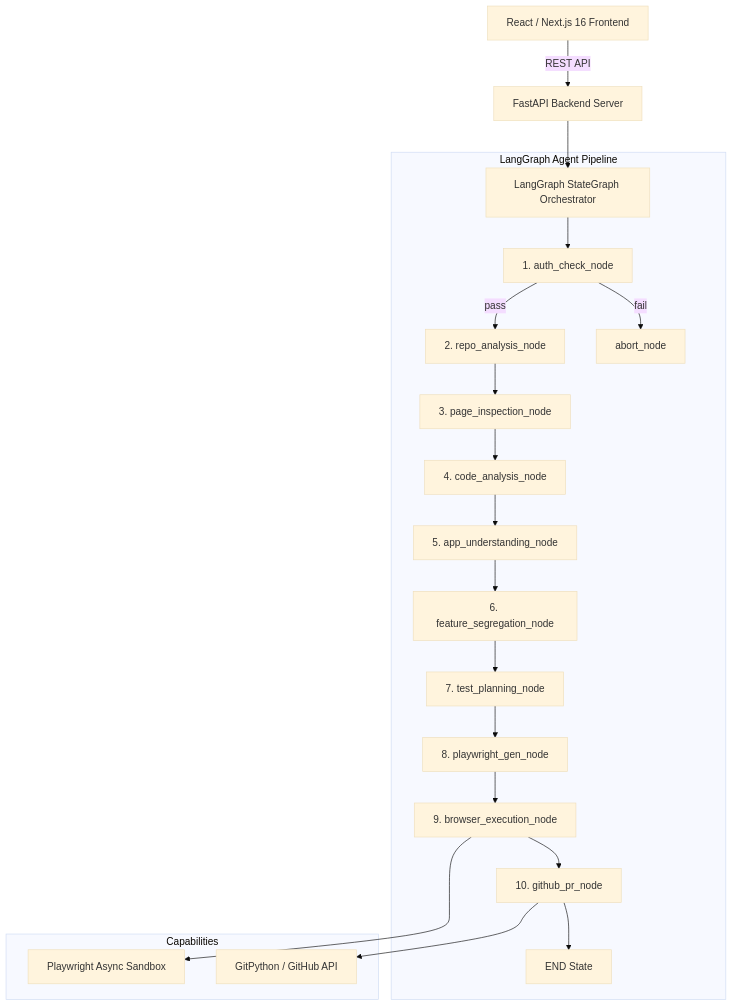
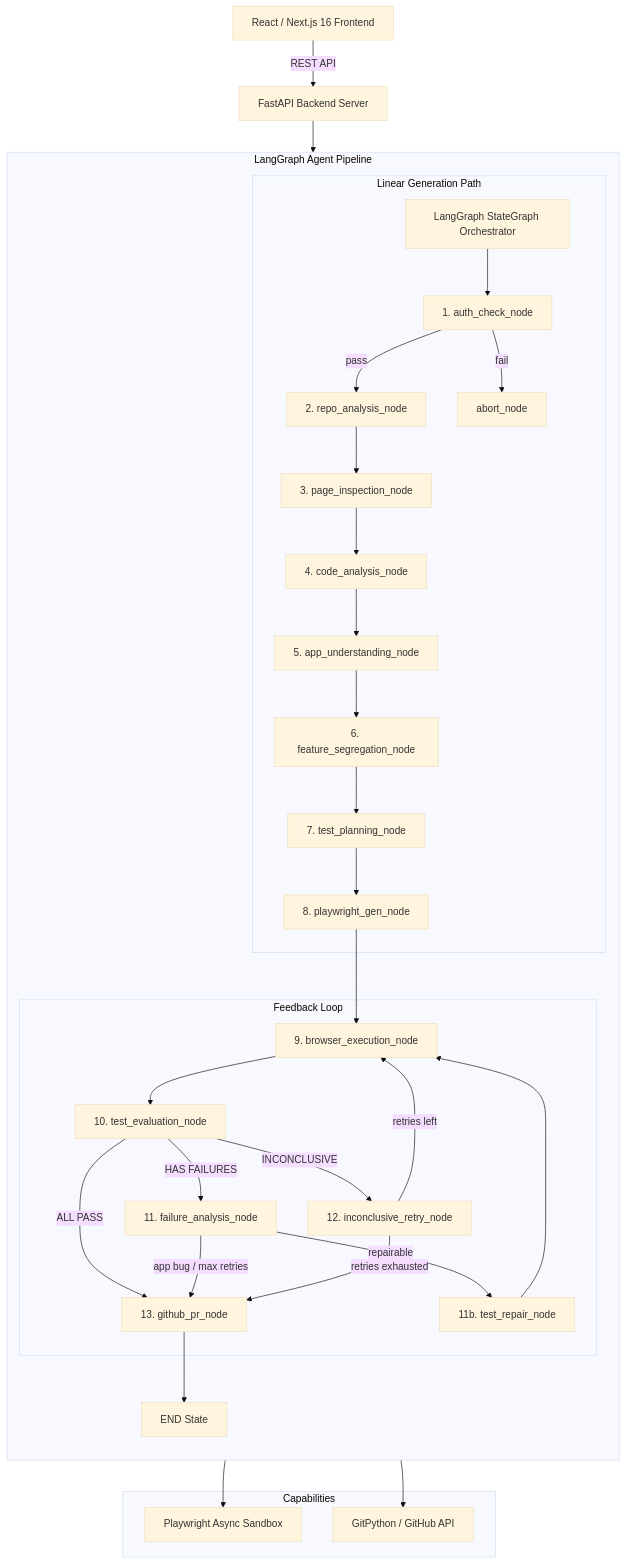
Before and after one commit to suriyaprakash500/Testpilot-AI: the diagram in README.md, drawn with Mermaid (base theme). The commit also changed other lines of this file and 13 other files, not shown here.

Commit message:
feat(graph): refactor pipeline to feedback-loop agentic architecture with test repair and evaluation

````diff
--- a/README.md
+++ b/README.md
@@ -9,25 +9,40 @@
 ```mermaid
 flowchart TD
     FE["React / Next.js 16 Frontend"] -->|REST API| API["FastAPI Backend Server"]
     API --> GRAPH["LangGraph StateGraph Orchestrator"]
 
     subgraph Pipeline["LangGraph Agent Pipeline"]
-        GRAPH --> AUTH["1. auth_check_node"]
-        AUTH -->|pass| REPO["2. repo_analysis_node"]
-        AUTH -->|fail| ABORT["abort_node"]
-        REPO --> INSP["3. page_inspection_node"]
-        INSP --> CODE["4. code_analysis_node"]
-        CODE --> UND["5. app_understanding_node"]
-        UND --> SEG["6. feature_segregation_node"]
-        SEG --> PLAN["7. test_planning_node"]
-        PLAN --> GEN["8. playwright_gen_node"]
-        GEN --> EXEC["9. browser_execution_node"]
-        EXEC --> PR["10. github_pr_node"]
+        direction TB
+        subgraph Linear["Linear Generation Path"]
+            GRAPH --> AUTH["1. auth_check_node"]
+            AUTH -->|pass| REPO["2. repo_analysis_node"]
+            AUTH -->|fail| ABORT["abort_node"]
+            REPO --> INSP["3. page_inspection_node"]
+            INSP --> CODE["4. code_analysis_node"]
+            CODE --> UND["5. app_understanding_node"]
+            UND --> SEG["6. feature_segregation_node"]
+            SEG --> PLAN["7. test_planning_node"]
+            PLAN --> GEN["8. playwright_gen_node"]
+        end
+
+        subgraph Feedback["Feedback Loop"]
+            GEN --> EXEC["9. browser_execution_node"]
+            EXEC --> EVAL["10. test_evaluation_node"]
+            EVAL -->|ALL PASS| PR["13. github_pr_node"]
+            EVAL -->|HAS FAILURES| FAIL_A["11. failure_analysis_node"]
+            EVAL -->|INCONCLUSIVE| INCONC["12. inconclusive_retry_node"]
+            FAIL_A -->|repairable| REPAIR["11b. test_repair_node"]
+            FAIL_A -->|app bug / max retries| PR
+            REPAIR --> EXEC
+            INCONC -->|retries left| EXEC
+            INCONC -->|retries exhausted| PR
+        end
+
         PR --> DONE["END State"]
     end
 
     subgraph Capabilities["Capabilities"]
         EXEC --> PW["Playwright Async Sandbox"]
         PR --> GIT["GitPython / GitHub API"]
     end
 ```
````
